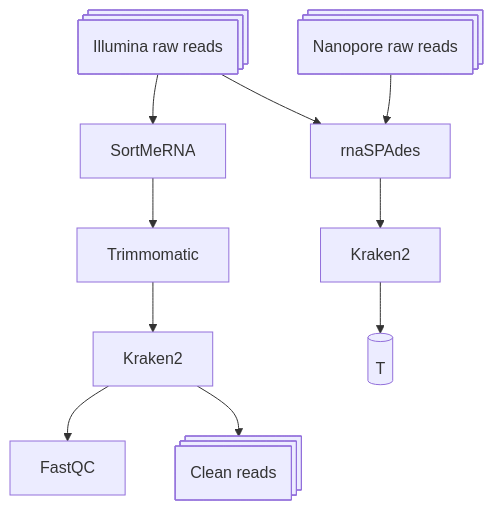
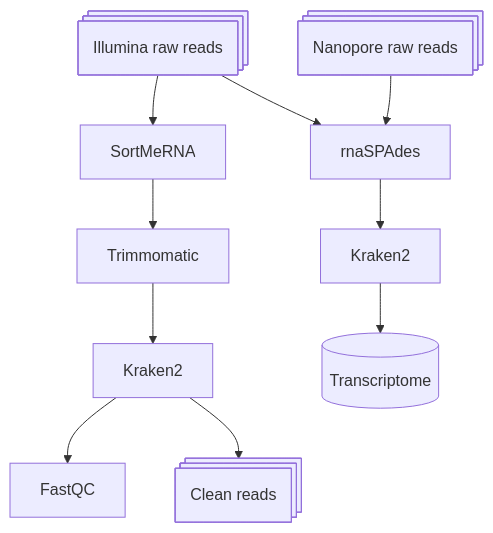
Before and after one commit to kuprinak/Phragmites_drought_RNAseq: the diagram in README.md, drawn with Mermaid.

````diff
--- a/README.md
+++ b/README.md
@@ -6,12 +6,12 @@
 ```mermaid
 flowchart TB
     A@{shape: procs, label: "Illumina raw reads"} --> B[SortMeRNA];
     B --> C[Trimmomatic];
     C --> K[Kraken2];
     K --> E[FastQC];
     K --> F@{shape: procs, label: "Clean reads"};
     A --> G[rnaSPAdes];
     AA@{shape: procs, label: "Nanopore raw reads"} --> G[rnaSPAdes];
     G --> K2[Kraken2];
-    K2 -->T@{shape: cyl, label:"_De novo_ Transcriptome"};
+    K2 -->T@{shape: cyl, label: "Transcriptome"};
 ```
````
